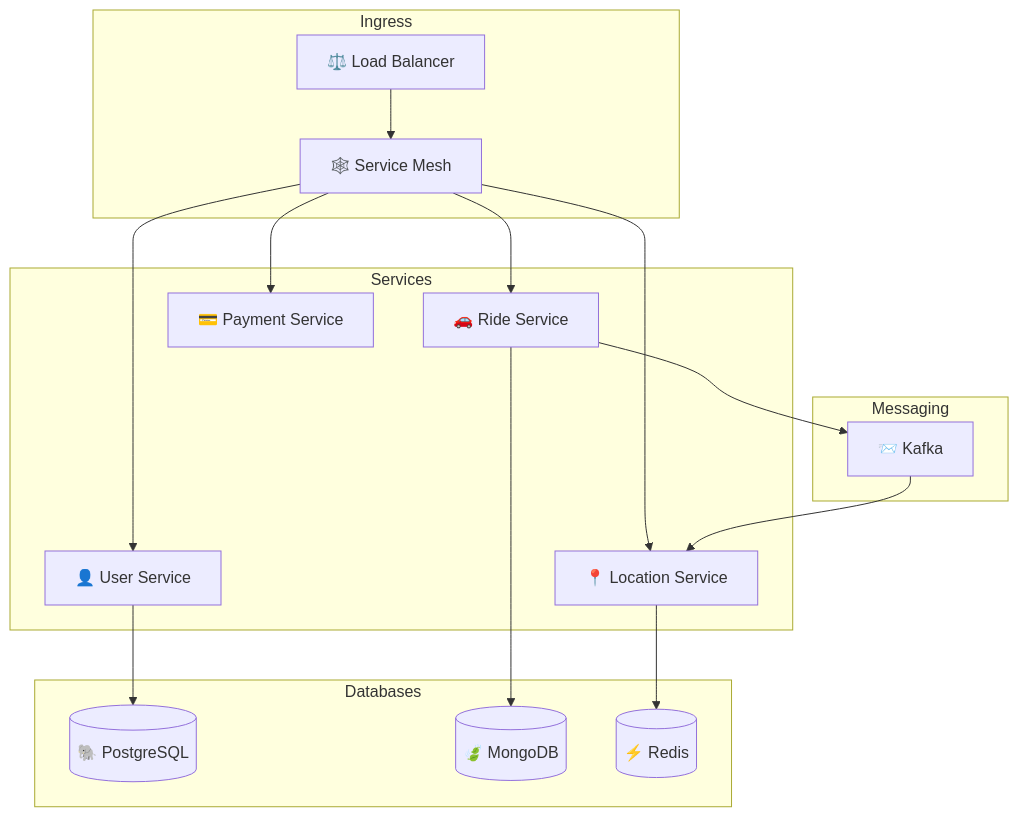
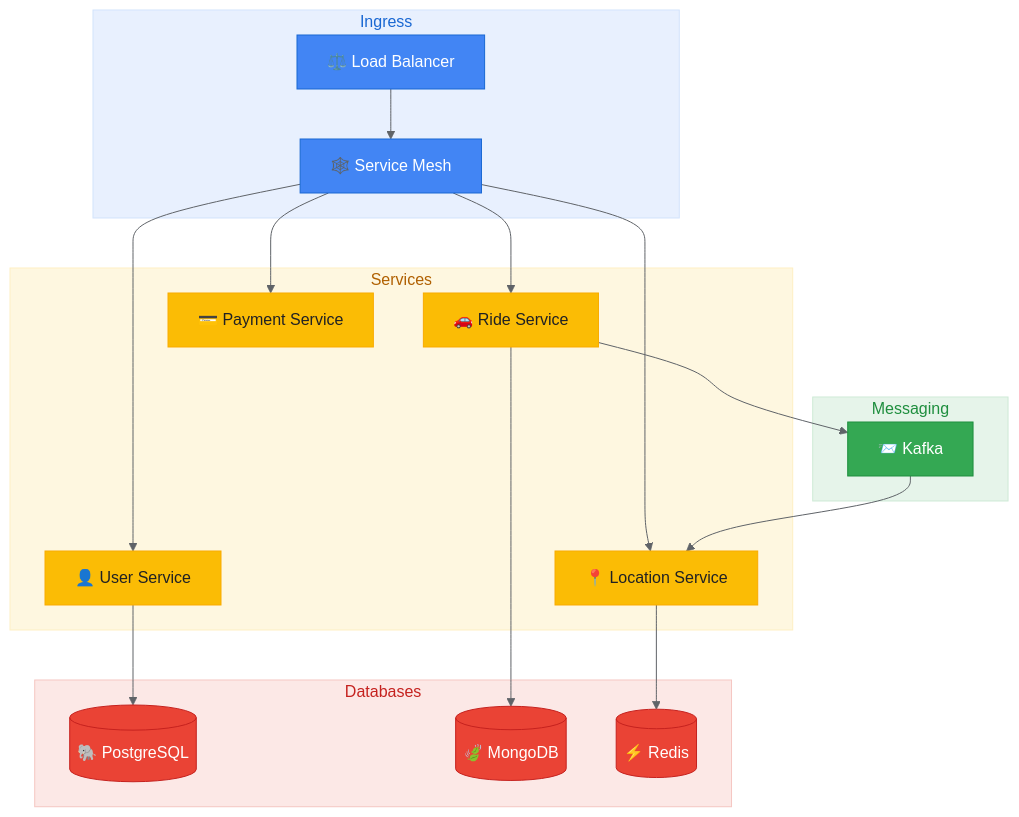
The seventh of 7 diagrams in docs/_posts/2025-01-31-mastra-ai-framework.md (techyvenki/techie-venki-hub), drawn with Mermaid before and after one commit. The commit also changed other lines of this file, not shown here.

````diff
--- a/docs/_posts/2025-01-31-mastra-ai-framework.md
+++ b/docs/_posts/2025-01-31-mastra-ai-framework.md
@@ -729,32 +745,48 @@
 ```mermaid
+%%{init: {'theme': 'base', 'themeVariables': { 'primaryColor': '#4285F4', 'primaryTextColor': '#fff', 'lineColor': '#5F6368'}}}%%
 graph TB
-    subgraph "Ingress"
+    subgraph ingress["Ingress"]
         LB[⚖️ Load Balancer]
         Istio[🕸️ Service Mesh]
     end
     
-    subgraph "Services"
+    subgraph services["Services"]
         User[👤 User Service]
         Ride[🚗 Ride Service]
         Payment[💳 Payment Service]
         Location[📍 Location Service]
     end
     
-    subgraph "Messaging"
+    subgraph messaging["Messaging"]
         Kafka[📨 Kafka]
     end
     
-    subgraph "Databases"
+    subgraph databases["Databases"]
         PG[(🐘 PostgreSQL)]
         Mongo[(🍃 MongoDB)]
         Redis[(⚡ Redis)]
     end
     
     LB --> Istio
     Istio --> User & Ride & Payment & Location
     Ride --> Kafka
     Kafka --> Location
     User --> PG
     Ride --> Mongo
     Location --> Redis
+
+    style ingress fill:#E8F0FE,stroke:#D2E3FC,color:#1967D2
+    style services fill:#FEF7E0,stroke:#FEEFC3,color:#B06000
+    style messaging fill:#E6F4EA,stroke:#CEEAD6,color:#1E8E3E
+    style databases fill:#FCE8E6,stroke:#F5C6C2,color:#C5221F
+    style LB fill:#4285F4,stroke:#1967D2,color:#fff
+    style Istio fill:#4285F4,stroke:#1967D2,color:#fff
+    style User fill:#FBBC05,stroke:#F9AB00,color:#202124
+    style Ride fill:#FBBC05,stroke:#F9AB00,color:#202124
+    style Payment fill:#FBBC05,stroke:#F9AB00,color:#202124
+    style Location fill:#FBBC05,stroke:#F9AB00,color:#202124
+    style Kafka fill:#34A853,stroke:#1E8E3E,color:#fff
+    style PG fill:#EA4335,stroke:#C5221F,color:#fff
+    style Mongo fill:#EA4335,stroke:#C5221F,color:#fff
+    style Redis fill:#EA4335,stroke:#C5221F,color:#fff
 ```
````
